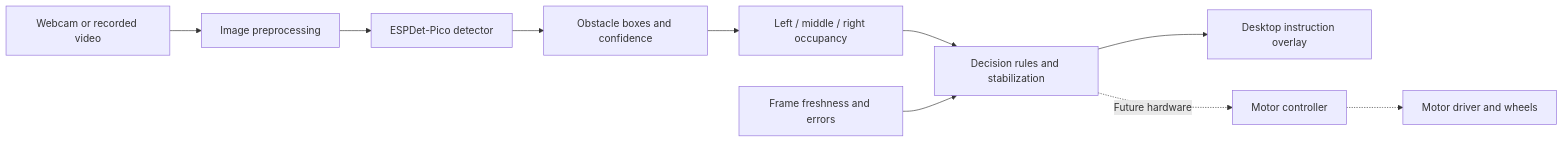
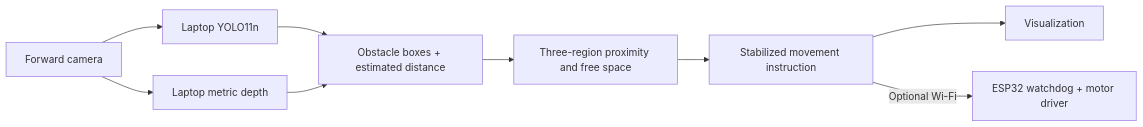
The diagram in README.md (thebaynal/Vision-Drive), drawn with Mermaid before and after one commit. The commit also changed other lines of this file and 46 other files, not shown here.

Commit message:
feat: add laptop depth vision, ESP32 control, and midterm materials

````diff
--- a/README.md
+++ b/README.md
@@ -53,12 +52,11 @@
 ```mermaid
 flowchart LR
-    A[Webcam or recorded video] --> B[Image preprocessing]
-    B --> C[ESPDet-Pico detector]
-    C --> D[Obstacle boxes and confidence]
-    D --> E[Left / middle / right occupancy]
-    E --> F[Decision rules and stabilization]
-    F --> G[Desktop instruction overlay]
-    F -. Future hardware .-> H[Motor controller]
-    H -.-> I[Motor driver and wheels]
-    J[Frame freshness and errors] --> F
+    A[Forward camera] --> B[Laptop YOLO11n]
+    A --> C[Laptop metric depth]
+    B --> D[Obstacle boxes + estimated distance]
+    C --> D
+    D --> E[Three-region proximity and free space]
+    E --> F[Stabilized movement instruction]
+    F --> G[Visualization]
+    F -->|Optional Wi-Fi| H[ESP32 watchdog + motor driver]
 ```
````
